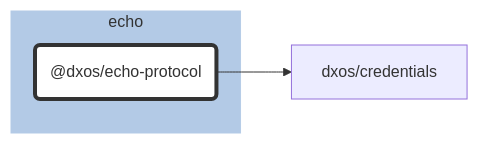
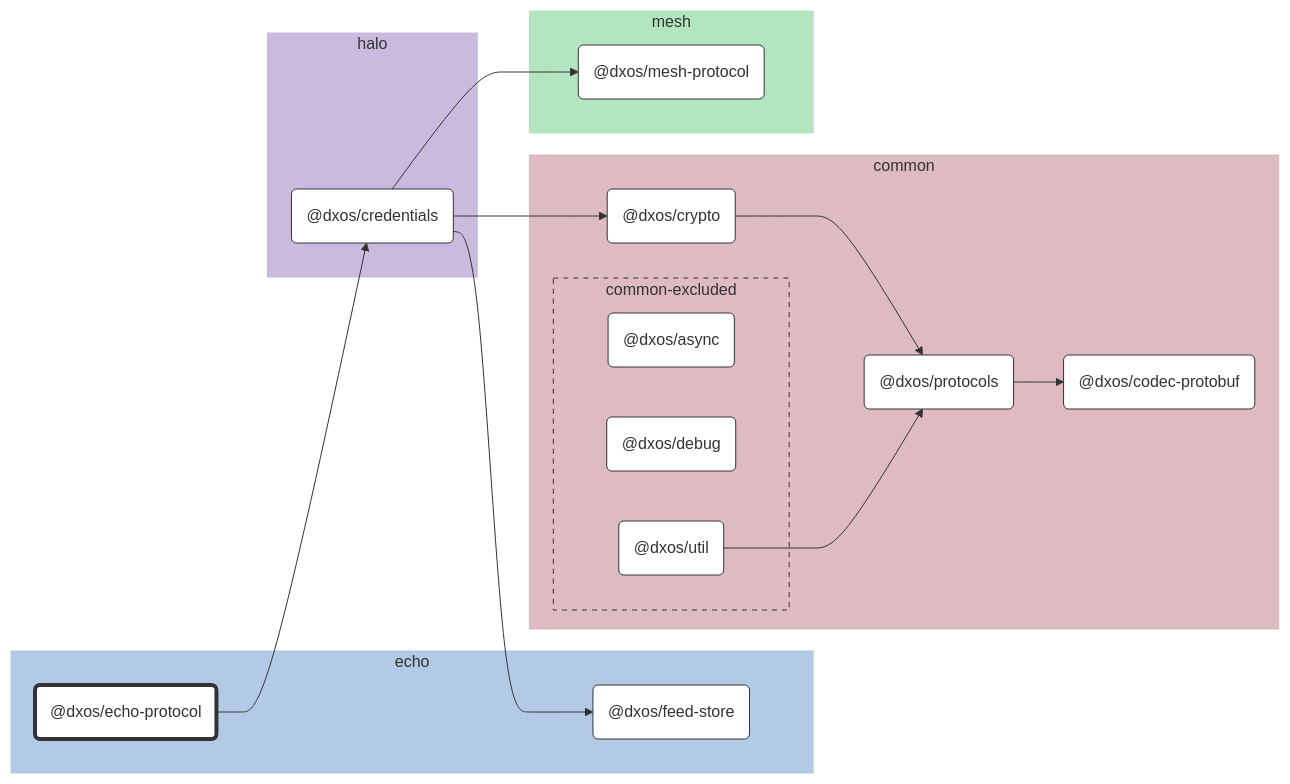
The diagram in packages/echo/echo-protocol/docs/README.md (dxos/dxos), drawn with Mermaid before and after one commit. The commit also changed 65 other files, not shown here.

````diff
--- a/packages/echo/echo-protocol/docs/README.md
+++ b/packages/echo/echo-protocol/docs/README.md
@@ -7,21 +7,61 @@
 ```mermaid
 %%{ init: {'flowchart':{'curve':'basis'}} }%%
 
 flowchart LR
 
 %% Classes
 classDef def fill:#fff,stroke:#333,stroke-width:1px
 classDef root fill:#fff,stroke:#333,stroke-width:4px
 
 %% Nodes
 
 subgraph echo [echo]
   style echo fill:#b3cae6,stroke:#fff
   dxos/echo-protocol("@dxos/echo-protocol"):::root
   click dxos/echo-protocol "dxos/dxos/tree/main/packages/echo/echo-protocol/docs"
+  dxos/feed-store("@dxos/feed-store"):::def
+  click dxos/feed-store "dxos/dxos/tree/main/packages/echo/feed-store/docs"
+end
+
+subgraph common [common]
+  style common fill:#debac2,stroke:#fff
+  dxos/codec-protobuf("@dxos/codec-protobuf"):::def
+  click dxos/codec-protobuf "dxos/dxos/tree/main/packages/common/codec-protobuf/docs"
+  dxos/crypto("@dxos/crypto"):::def
+  click dxos/crypto "dxos/dxos/tree/main/packages/common/crypto/docs"
+  dxos/protocols("@dxos/protocols"):::def
+  click dxos/protocols "dxos/dxos/tree/main/packages/common/protocols/docs"
+
+  subgraph common-excluded [common-excluded]
+    style common-excluded fill:#debac2,stroke:#333,stroke-dasharray:5 5
+    dxos/async("@dxos/async"):::def
+    click dxos/async "dxos/dxos/tree/main/packages/common/async/docs"
+    dxos/debug("@dxos/debug"):::def
+    click dxos/debug "dxos/dxos/tree/main/packages/common/debug/docs"
+    dxos/util("@dxos/util"):::def
+    click dxos/util "dxos/dxos/tree/main/packages/common/util/docs"
+  end
+end
+
+subgraph halo [halo]
+  style halo fill:#cabade,stroke:#fff
+  dxos/credentials("@dxos/credentials"):::def
+  click dxos/credentials "dxos/dxos/tree/main/packages/halo/credentials/docs"
+end
+
+subgraph mesh [mesh]
+  style mesh fill:#b3e6c0,stroke:#fff
+  dxos/mesh-protocol("@dxos/mesh-protocol"):::def
+  click dxos/mesh-protocol "dxos/dxos/tree/main/packages/mesh/mesh-protocol/docs"
 end
 
 %% Links
 linkStyle default stroke:#333,stroke-width:1px
 dxos/echo-protocol --> dxos/credentials
+dxos/credentials --> dxos/crypto
+dxos/crypto --> dxos/protocols
+dxos/protocols --> dxos/codec-protobuf
+dxos/credentials --> dxos/feed-store
+dxos/util --> dxos/protocols
+dxos/credentials --> dxos/mesh-protocol
 ```
````
